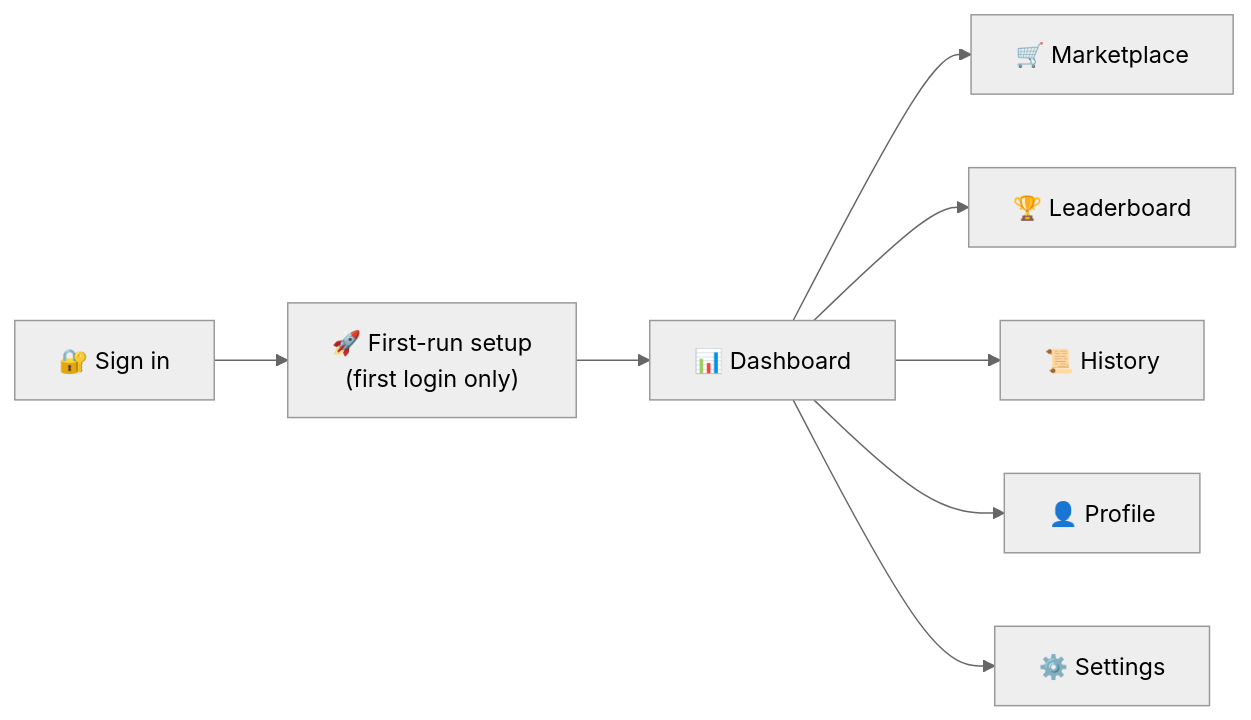
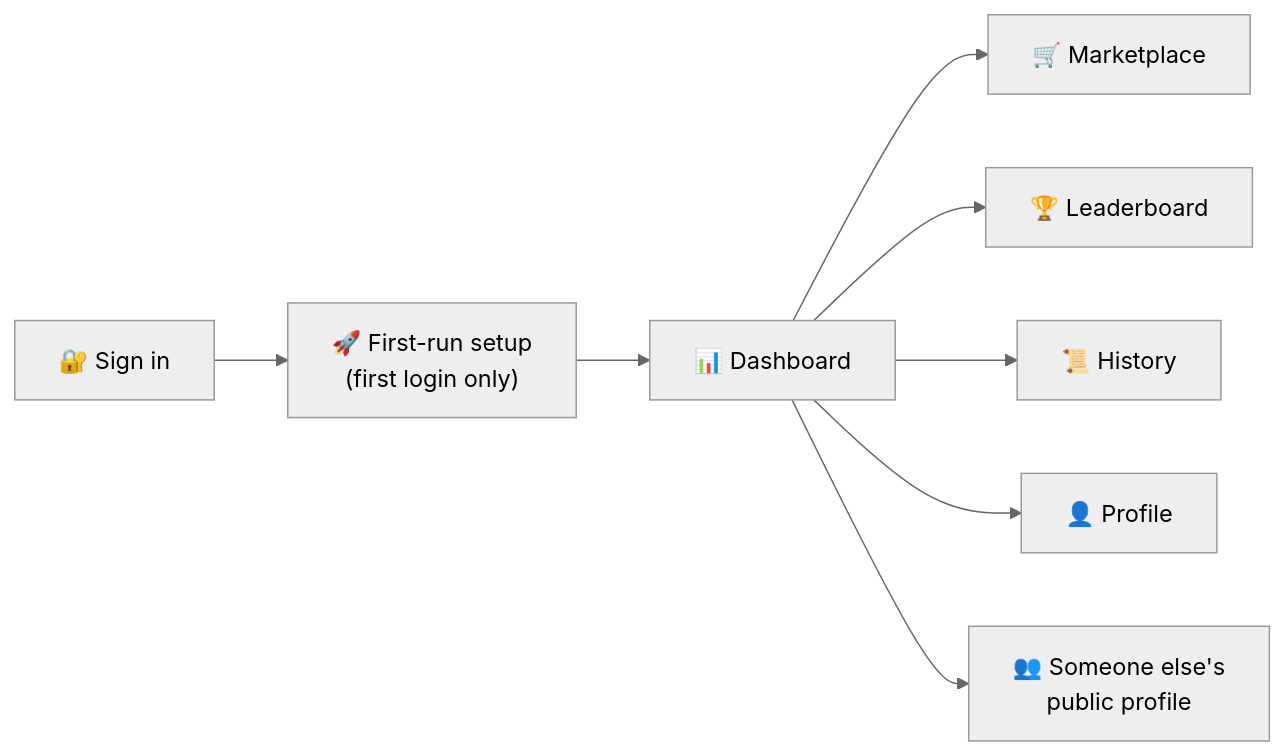
One commit to khirooo/CTC changed the first of 2 diagrams in docs/guide/05-the-web-app.md. Above: the diagram before and after it, drawn with Mermaid (neutral theme). The commit also changed other lines of this file and 12 other files, not shown here.

````diff
--- a/docs/guide/05-the-web-app.md
+++ b/docs/guide/05-the-web-app.md
@@ -11,10 +11,10 @@
 ```mermaid
 flowchart LR
     Auth["🔐 Sign in"] --> Onb["🚀 First-run setup<br/>(first login only)"]
     Onb --> Dash["📊 Dashboard"]
     Dash --> Market["🛒 Marketplace"]
     Dash --> Lead["🏆 Leaderboard"]
     Dash --> Hist["📜 History"]
     Dash --> Prof["👤 Profile"]
-    Dash --> Set["⚙️ Settings"]
+    Dash --> Pub["👥 Someone else's<br/>public profile"]
 ```
````
